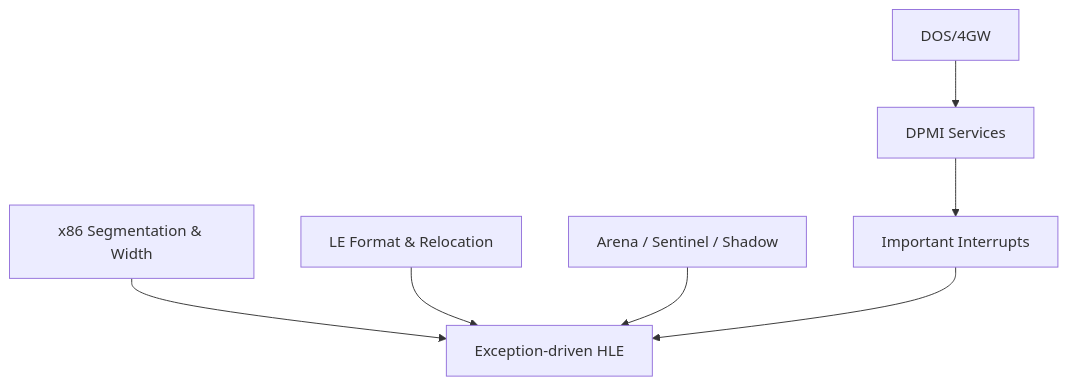
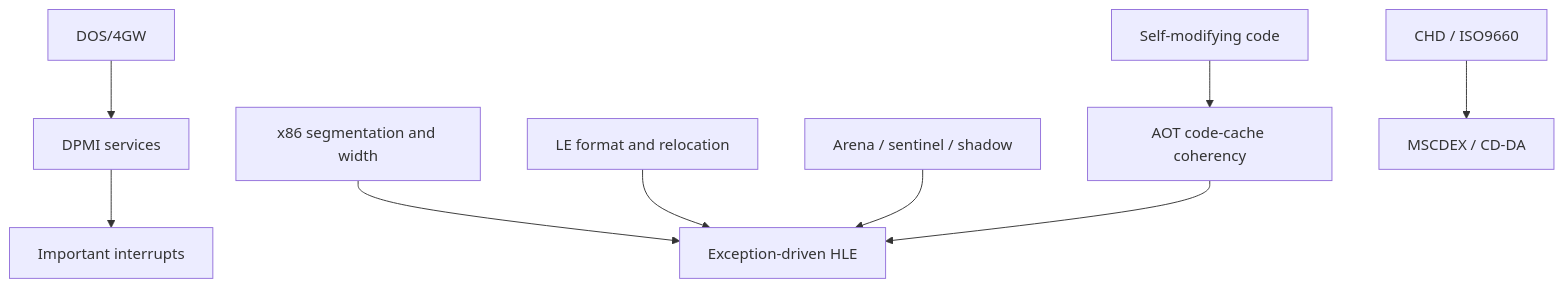
Before and after one commit to nworkers/rePIU: the diagram in docs/kb/README.md, drawn with Mermaid. The commit also changed other lines of this file and 75 other files, not shown here.

Commit message:
Implement native AOT dynamic translation and self-modifying code coherency (Task 191)

````diff
--- a/docs/kb/README.md
+++ b/docs/kb/README.md
@@ -5,9 +7,11 @@
 ```mermaid
 flowchart TD
-    DOS["DOS/4GW"] --> DPMI["DPMI Services"]
-    CPU["x86 Segmentation & Width"] --> HLE["Exception-driven HLE"]
-    LE["LE Format & Relocation"] --> HLE
-    DPMI --> INT["Important Interrupts"]
-    TERMS["Arena / Sentinel / Shadow"] --> HLE
-    INT --> HLE
+    DOS["DOS/4GW"] --> DPMI["DPMI services"]
+    DPMI --> INT["Important interrupts"]
+    CPU["x86 segmentation and width"] --> HLE["Exception-driven HLE"]
+    LE["LE format and relocation"] --> HLE
+    TERMS["Arena / sentinel / shadow"] --> HLE
+    SMC["Self-modifying code"] --> CACHE["AOT code-cache coherency"]
+    CACHE --> HLE
+    CHD["CHD / ISO9660"] --> MSCDEX["MSCDEX / CD-DA"]
 ```
````
